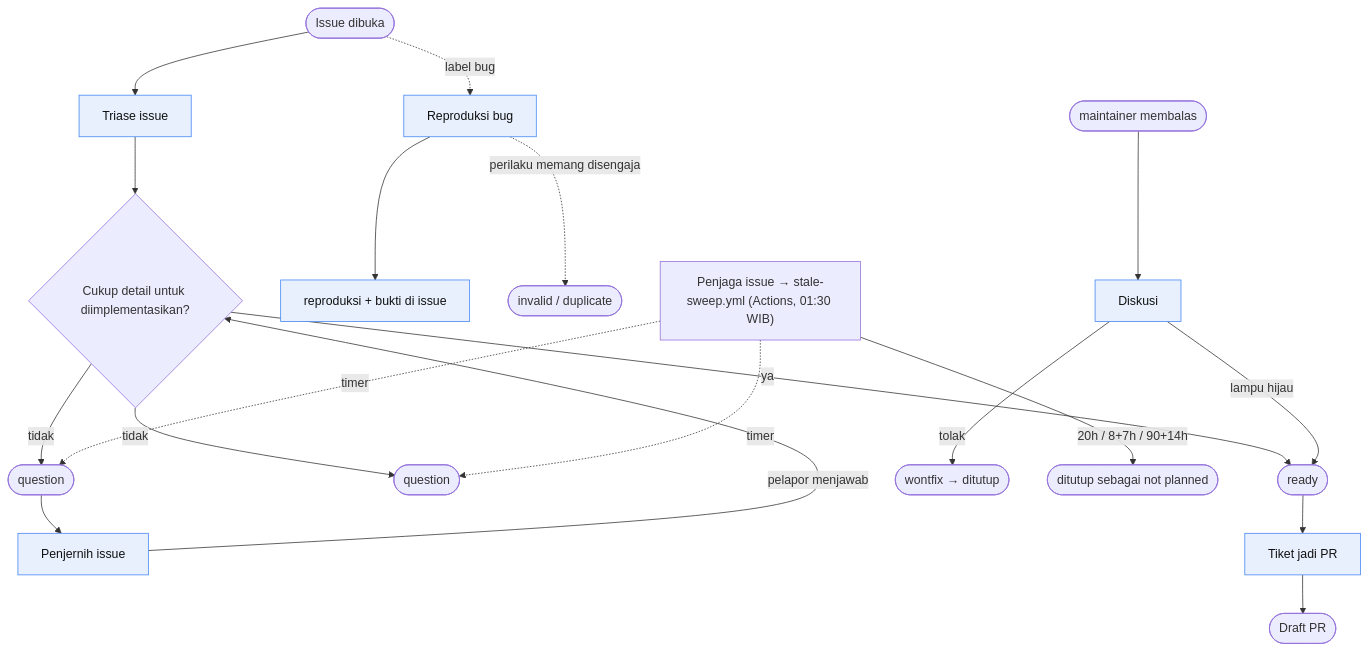
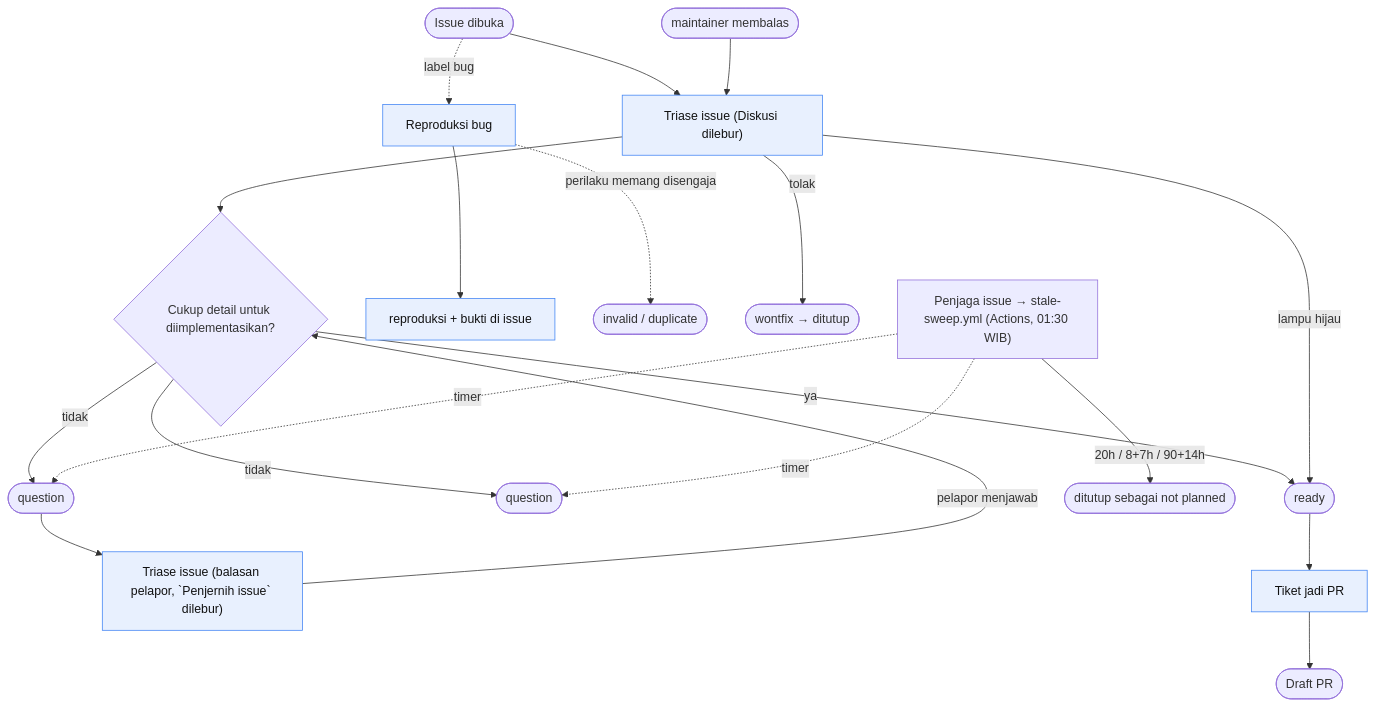
One commit to cipansor/cipansor changed the third of 6 diagrams in docs/SDLC-FLOW.md. Above: the diagram before and after it, drawn with Mermaid. The commit also changed other lines of this file and 17 other files, not shown here.

First line of the commit message:
chore(otomasi): konsolidasi armada — pensiunkan SDLC 04/08/10/12/16/22, triase final ke deskripsi, klaim issue deterministik (#1057)

````diff
--- a/docs/SDLC-FLOW.md
+++ b/docs/SDLC-FLOW.md
@@ -540,29 +540,29 @@
 ```mermaid
 flowchart TD
   classDef cloud fill:#e8f0fe,stroke:#4285f4,color:#111;
   classDef human fill:#e9f7ef,stroke:#27ae60,color:#111;
 
   I([Issue dibuka]) --> C15["Triase issue"]:::cloud
   C15 --> D{"Cukup detail untuk diimplementasikan?"}
   D -- ya --> R(["ready"])
   D -- tidak --> Q(["question"])
   D -- tidak --> NI(["question"])
 
-  NI --> C16["Penjernih issue"]:::cloud
+  NI --> C16["Triase issue (balasan pelapor, `Penjernih issue` dilebur)"]:::cloud
   C16 -- "pelapor menjawab" --> D
 
   I -. "label bug" .-> C5["Reproduksi bug"]:::cloud
   C5 --> BUG["reproduksi + bukti di issue"]:::cloud
   C5 -. "perilaku memang disengaja" .-> INV(["invalid / duplicate"])
 
-  PM(["maintainer membalas"]) --> C22["Diskusi"]:::cloud
-  C22 -- "lampu hijau" --> R
-  C22 -- "tolak" --> WF(["wontfix → ditutup"])
+  PM(["maintainer membalas"]) --> C15["Triase issue (Diskusi dilebur)"]:::cloud
+  C15 -- "lampu hijau" --> R
+  C15 -- "tolak" --> WF(["wontfix → ditutup"])
 
   R --> C6["Tiket jadi PR"]:::cloud --> DPR([Draft PR])
 
   C21["Penjaga issue → stale-sweep.yml (Actions, 01:30 WIB)"]:::gh
   C21 -. "timer" .-> NI
   C21 -. "timer" .-> Q
   C21 -- "20h / 8+7h / 90+14h" --> CL(["ditutup sebagai not planned"])
 ```
````
